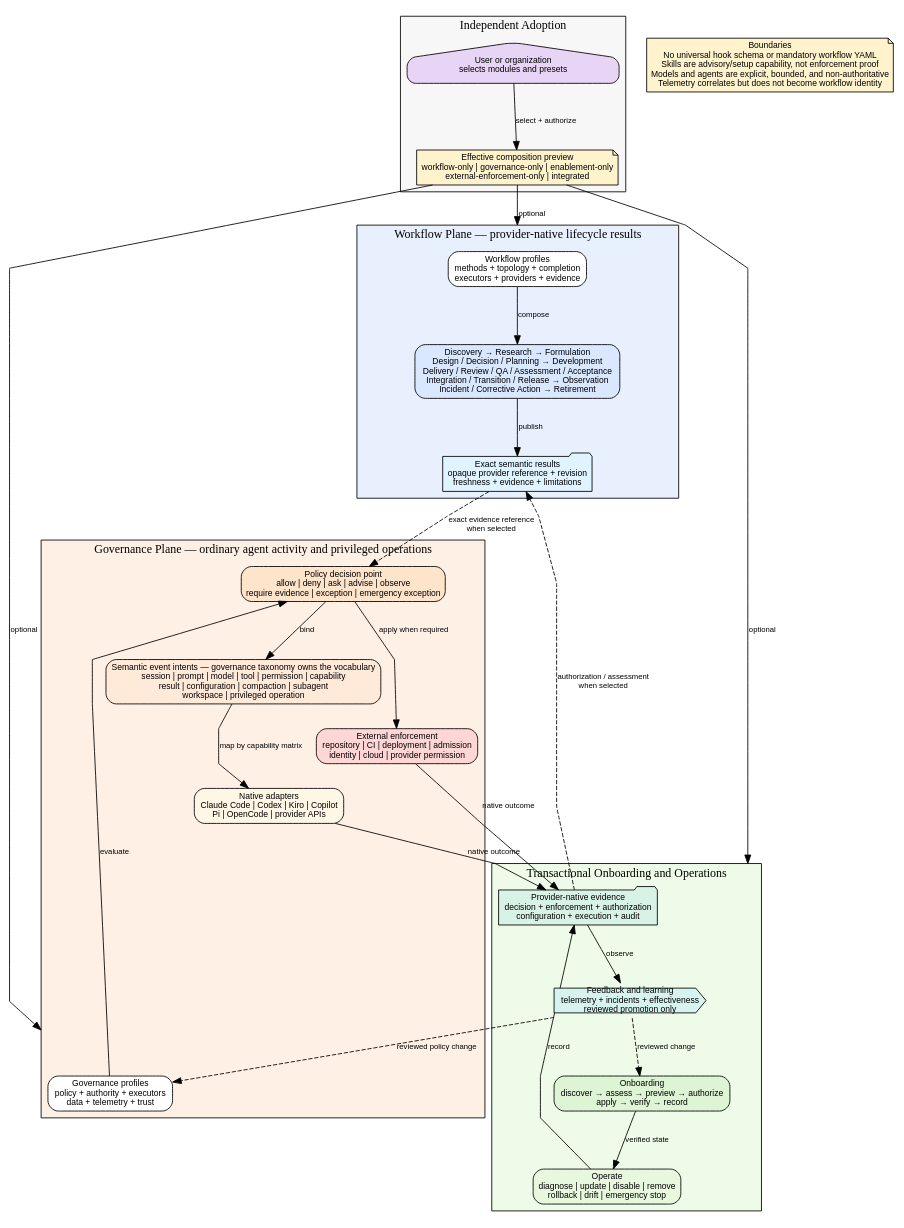
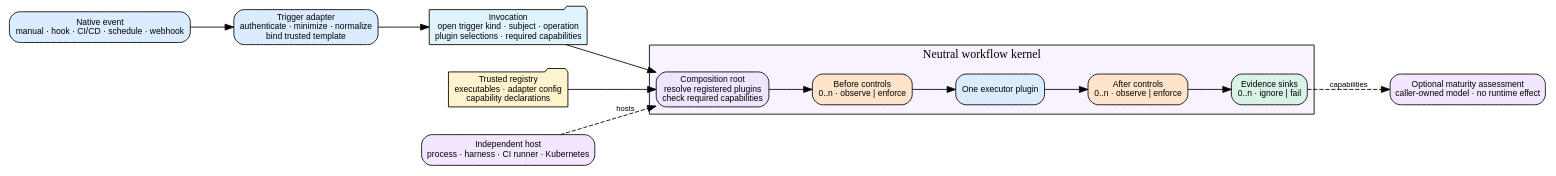
The diagram in packages/diagram/diagram-agent-workflow/workflow-diagram.dot (xonovex/platform), drawn with Graphviz before and after one commit. The commit also changed 316 other files, not shown here.

Commit message:
refactor: decouple workflow execution controls

```diff
--- a/packages/diagram/diagram-agent-workflow/workflow-diagram.dot
+++ b/packages/diagram/diagram-agent-workflow/workflow-diagram.dot
@@ -1,80 +1,37 @@
 digraph ComposableWorkflow {
-  rankdir=TB;
+  rankdir=LR;
   compound=true;
   newrank=true;
-  splines=polyline;
   nodesep=0.45;
-  ranksep=0.8;
+  ranksep=0.7;
 
-  node [shape=box, style="rounded,filled", fillcolor=white, fontname="Arial", fontsize=10];
+  node [shape=box, style="rounded,filled", fontname="Arial", fontsize=10];
   edge [fontname="Arial", fontsize=9];
 
-  subgraph cluster_adoption {
-    label="Independent Adoption";
+  native [label="Native event\nmanual · hook · CI/CD · schedule · webhook", fillcolor="#dcecff"];
+  adapter [label="Trigger adapter\nauthenticate · minimize · normalize\nbind trusted template", fillcolor="#dcecff"];
+  invocation [label="Invocation\nopen trigger kind · subject · operation\nplugin selections · required capabilities", shape=folder, fillcolor="#dff4ff"];
+
+  subgraph cluster_kernel {
+    label="Neutral workflow kernel";
     style=filled;
-    fillcolor="#f7f7f7";
+    fillcolor="#f8f3ff";
 
-    profile [label="Effective composition preview\nworkflow-only | governance-only | enablement-only\nexternal-enforcement-only | integrated", shape=note, fillcolor="#fff3cd"];
-    user [label="User or organization\nselects modules and presets", shape=house, fillcolor="#e8d5f5"];
-    user -> profile [label="select + authorize"];
+    resolve [label="Composition root\nresolve registered plugins\ncheck required capabilities", fillcolor="#efe5ff"];
+    before [label="Before controls\n0..n · observe | enforce", fillcolor="#ffe4cc"];
+    execute [label="One executor plugin", fillcolor="#dcecff"];
+    after [label="After controls\n0..n · observe | enforce", fillcolor="#ffe4cc"];
+    sinks [label="Evidence sinks\n0..n · ignore | fail", fillcolor="#d9f2e6"];
+
+    resolve -> before -> execute -> after -> sinks;
   }
 
-  subgraph cluster_workflow {
-    label="Workflow Plane — provider-native lifecycle results";
-    style=filled;
-    fillcolor="#e8f0fe";
+  registry [label="Trusted registry\nexecutables · adapter config\ncapability declarations", shape=folder, fillcolor="#fff3cd"];
+  host [label="Independent host\nprocess · harness · CI runner · Kubernetes", fillcolor="#f3e6ff"];
+  maturity [label="Optional maturity assessment\ncaller-owned model · no runtime effect", fillcolor="#f3e6ff"];
 
-    lifecycle [label="Discovery → Research → Formulation\nDesign / Decision / Planning → Development\nDelivery / Review / QA / Assessment / Acceptance\nIntegration / Transition / Release → Observation\nIncident / Corrective Action → Retirement", fillcolor="#d9e8ff"];
-    workflow_profiles [label="Workflow profiles\nmethods + topology + completion\nexecutors + providers + evidence"];
-    results [label="Exact semantic results\nopaque provider reference + revision\nfreshness + evidence + limitations", shape=folder, fillcolor="#dff4ff"];
-
-    workflow_profiles -> lifecycle [label="compose"];
-    lifecycle -> results [label="publish"];
-  }
-
-  subgraph cluster_governance {
-    label="Governance Plane — ordinary agent activity and privileged operations";
-    style=filled;
-    fillcolor="#fff0e6";
-
-    governance_profiles [label="Governance profiles\npolicy + authority + executors\ndata + telemetry + trust"];
-    decisions [label="Policy decision point\nallow | deny | ask | advise | observe\nrequire evidence | exception | emergency exception", fillcolor="#ffe4cc"];
-    intents [label="Semantic event intents — governance taxonomy owns the vocabulary\nsession | prompt | model | tool | permission | capability\nresult | configuration | compaction | subagent\nworkspace | privileged operation", fillcolor="#ffe9d9"];
-    native [label="Native adapters\nClaude Code | Codex | Kiro | Copilot\nPi | OpenCode | provider APIs", fillcolor="#fff7e6"];
-    enforcement [label="External enforcement\nrepository | CI | deployment | admission\nidentity | cloud | provider permission", fillcolor="#ffd6d6"];
-
-    governance_profiles -> decisions [label="evaluate"];
-    decisions -> intents [label="bind"];
-    intents -> native [label="map by capability matrix"];
-    decisions -> enforcement [label="apply when required"];
-  }
-
-  subgraph cluster_enablement {
-    label="Transactional Onboarding and Operations";
-    style=filled;
-    fillcolor="#eefbe8";
-
-    onboarding [label="Onboarding\ndiscover → assess → preview → authorize\napply → verify → record", fillcolor="#ddf5d5"];
-    operation [label="Operate\ndiagnose | update | disable | remove\nrollback | drift | emergency stop", fillcolor="#e8f8df"];
-    evidence [label="Provider-native evidence\ndecision + enforcement + authorization\nconfiguration + execution + audit", shape=folder, fillcolor="#d9f2e6"];
-    feedback [label="Feedback and learning\ntelemetry + incidents + effectiveness\nreviewed promotion only", shape=cds, fillcolor="#d7f3f0"];
-
-    onboarding -> operation [label="verified state"];
-    operation -> evidence [label="record"];
-    evidence -> feedback [label="observe"];
-    feedback -> onboarding [label="reviewed change", style=dashed];
-  }
-
-  profile -> workflow_profiles [label="optional", lhead=cluster_workflow];
-  profile -> governance_profiles [label="optional", lhead=cluster_governance];
-  profile -> onboarding [label="optional", lhead=cluster_enablement];
-
-  results -> decisions [label="exact evidence reference\nwhen selected", style=dashed];
-  native -> evidence [label="native outcome"];
-  enforcement -> evidence [label="native outcome"];
-  evidence -> results [label="authorization / assessment\nwhen selected", style=dashed];
-  feedback -> governance_profiles [label="reviewed policy change", style=dashed];
-
-  boundary [label="Boundaries\nNo universal hook schema or mandatory workflow YAML\nSkills are advisory/setup capability, not enforcement proof\nModels and agents are explicit, bounded, and non-authoritative\nTelemetry correlates but does not become workflow identity", shape=note, fillcolor="#fff3cd"];
-  boundary -> profile [style=invis];
+  native -> adapter -> invocation -> resolve;
+  registry -> resolve;
+  host -> resolve [style=dashed, label="hosts"];
+  sinks -> maturity [style=dashed, label="capabilities"];
 }
```
